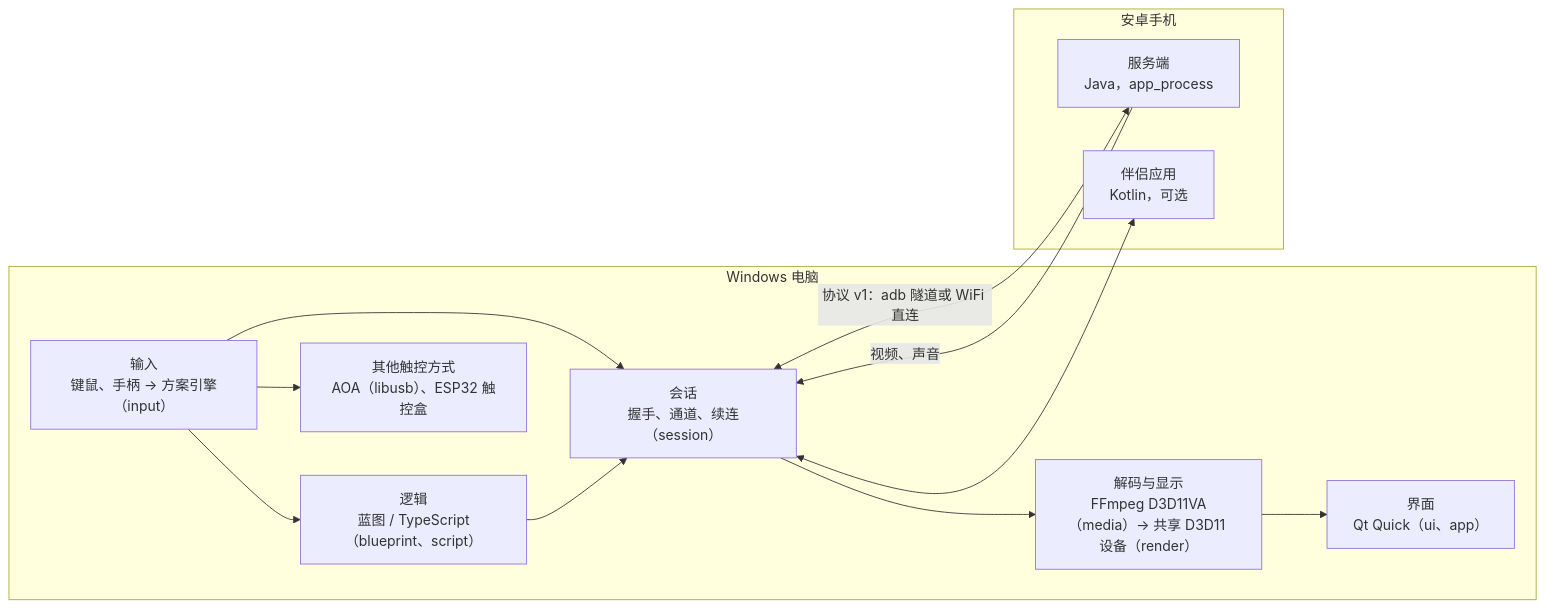
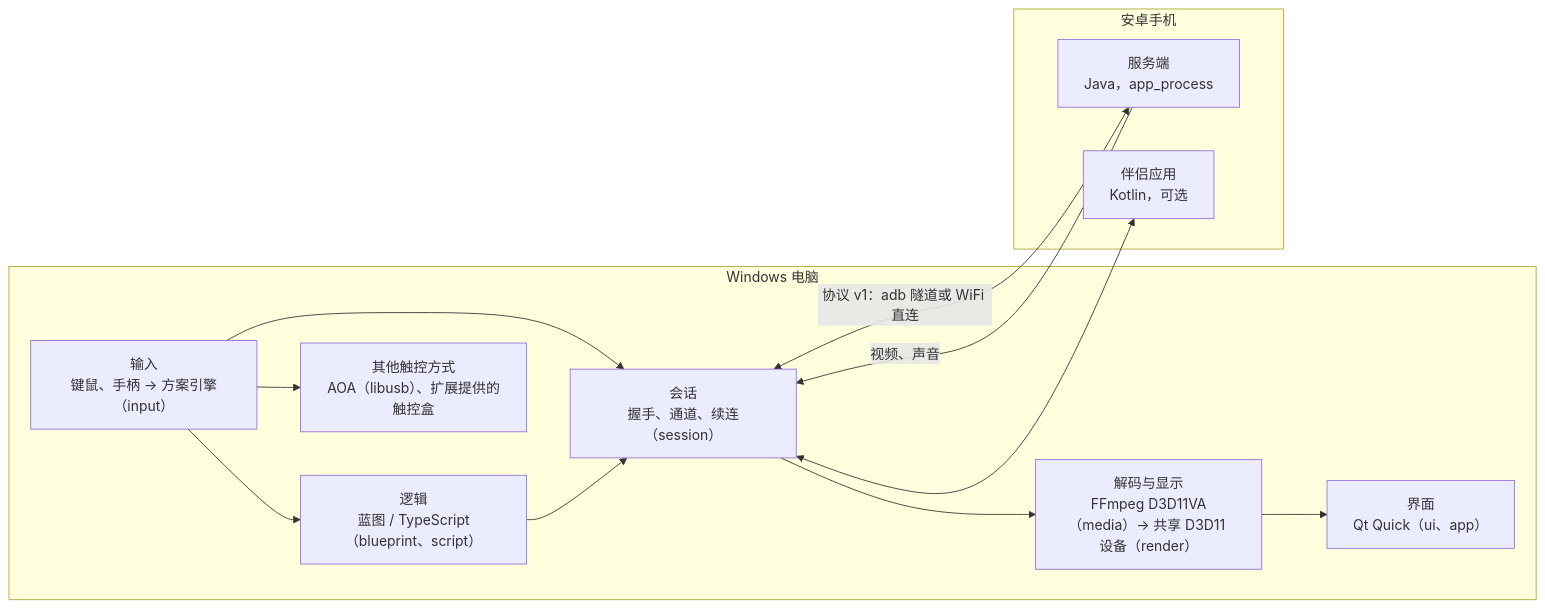
One commit to NuoRan/GameScrcpy changed the diagram in docs/architecture.md. Above: the diagram before and after it, drawn with Mermaid. The commit also changed other lines of this file and 150 other files, not shown here.

````diff
--- a/docs/architecture.md
+++ b/docs/architecture.md
@@ -7,23 +7,23 @@
 ```mermaid
 flowchart LR
     subgraph PC["Windows 电脑"]
         UI["界面<br/>Qt Quick（ui、app）"]
         IN["输入<br/>键鼠、手柄 → 方案引擎（input）"]
         LG["逻辑<br/>蓝图 / TypeScript（blueprint、script）"]
         SS["会话<br/>握手、通道、续连（session）"]
         MD["解码与显示<br/>FFmpeg D3D11VA（media）→ 共享 D3D11 设备（render）"]
-        HW["其他触控方式<br/>AOA（libusb）、ESP32 触控盒"]
+        HW["其他触控方式<br/>AOA（libusb）、扩展提供的触控盒"]
     end
     subgraph Phone["安卓手机"]
         SV["服务端<br/>Java，app_process"]
         CP["伴侣应用<br/>Kotlin，可选"]
     end
     IN --> LG
     IN --> SS
     LG --> SS
     IN --> HW
     SS <-->|"协议 v1：adb 隧道或 WiFi 直连"| SV
     SV -->|"视频、声音"| SS
     SS --> MD --> UI
     SS <--> CP
 ```
````
